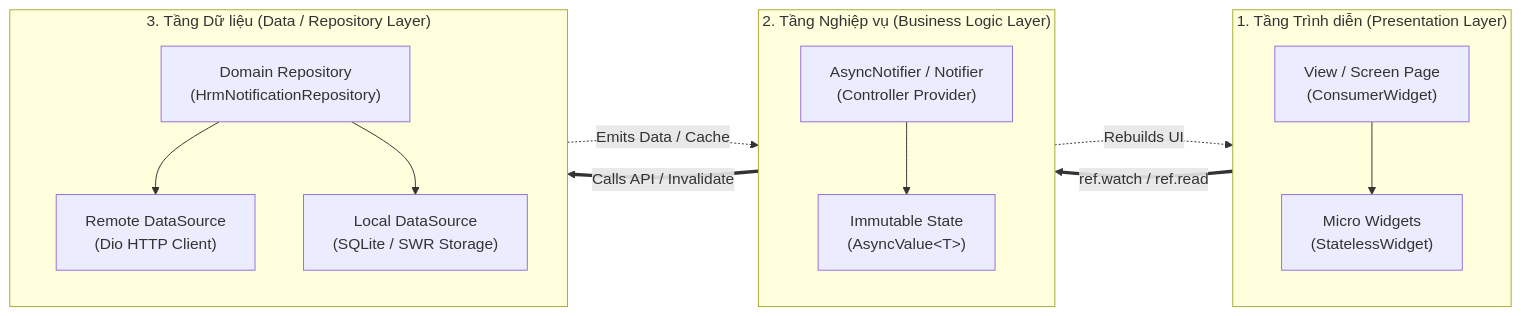
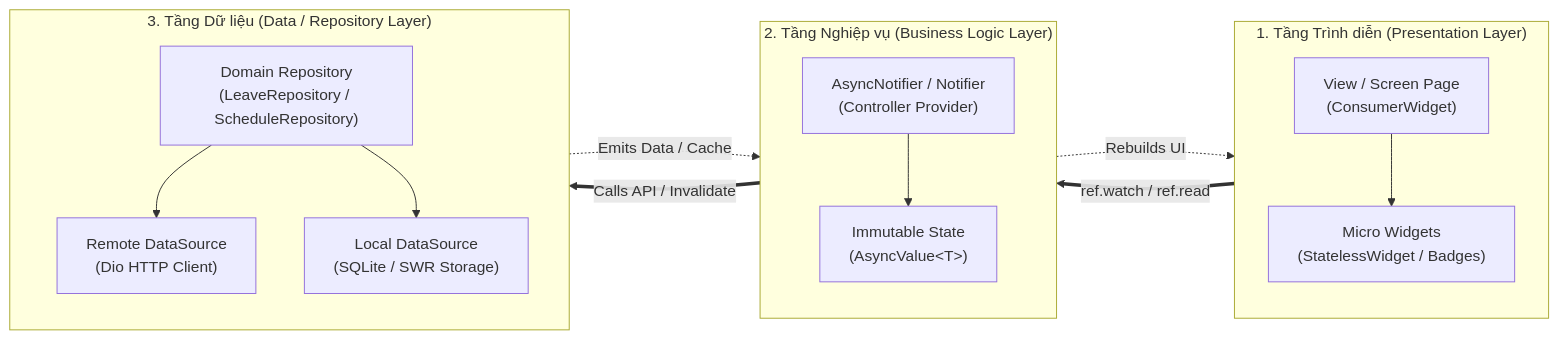
Before and after one commit to xchinh/Report-DATN: the second of 7 diagrams in docs/10_SECTION_3_2_FRONTEND_ENGINEERING.md, drawn with Mermaid. The commit also changed other lines of this file and 114 other files, not shown here.

````diff
--- a/docs/10_SECTION_3_2_FRONTEND_ENGINEERING.md
+++ b/docs/10_SECTION_3_2_FRONTEND_ENGINEERING.md
@@ -59,27 +78,27 @@
 ```mermaid
 flowchart LR
     subgraph Layer1["1. Tầng Trình diễn (Presentation Layer)"]
         Page["View / Screen Page<br/>(ConsumerWidget)"]
-        LocalWidget["Micro Widgets<br/>(StatelessWidget)"]
+        LocalWidget["Micro Widgets<br/>(StatelessWidget / Badges)"]
         Page --> LocalWidget
     end
 
     subgraph Layer2["2. Tầng Nghiệp vụ (Business Logic Layer)"]
         Notifier["AsyncNotifier / Notifier<br/>(Controller Provider)"]
         StateHolder["Immutable State<br/>(AsyncValue&lt;T&gt;)"]
         Notifier --> StateHolder
     end
 
     subgraph Layer3["3. Tầng Dữ liệu (Data / Repository Layer)"]
-        Repo["Domain Repository<br/>(HrmNotificationRepository)"]
+        Repo["Domain Repository<br/>(LeaveRepository / ScheduleRepository)"]
         RemoteSource["Remote DataSource<br/>(Dio HTTP Client)"]
         LocalSource["Local DataSource<br/>(SQLite / SWR Storage)"]
         Repo --> RemoteSource
         Repo --> LocalSource
     end
 
     Layer1 ==>|ref.watch / ref.read| Layer2
     Layer2 ==>|Calls API / Invalidate| Layer3
     Layer3 -.->|Emits Data / Cache| Layer2
     Layer2 -.->|Rebuilds UI| Layer1
 ```
````
